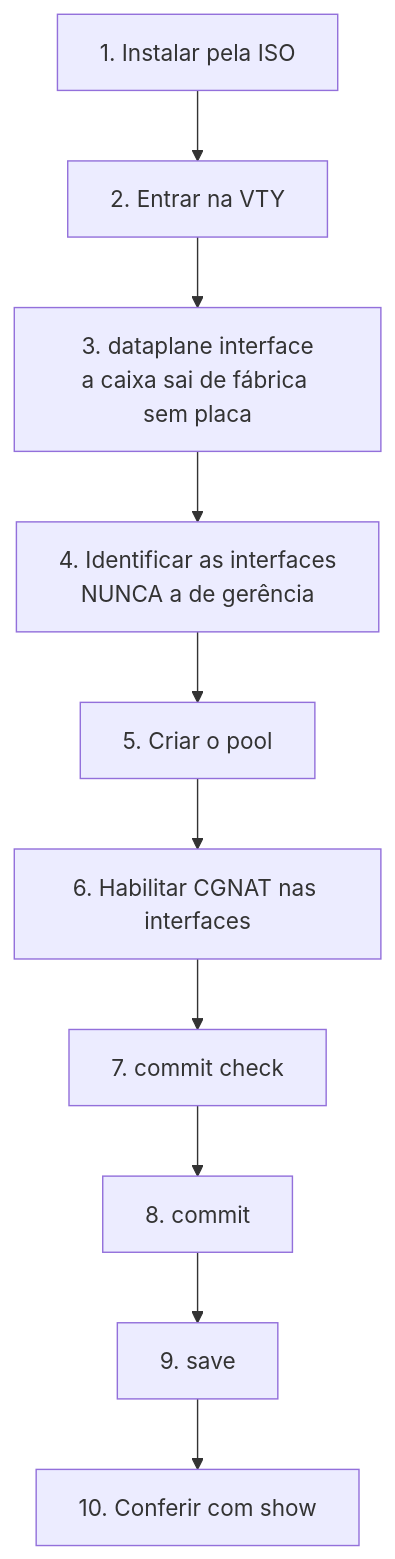
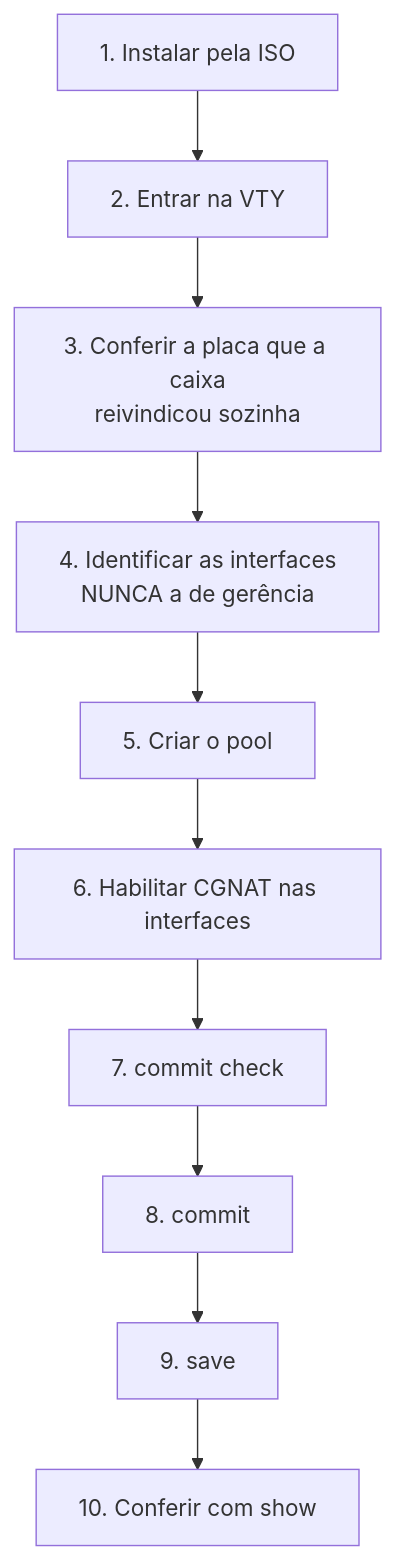
One commit to andrediashexa/prismarouting changed the first of 2 diagrams in wiki/comecar-aqui/primeiros-passos.md. Above: the diagram before and after it, drawn with Mermaid. The commit also changed other lines of this file and 12 other files, not shown here.

````diff
--- a/wiki/comecar-aqui/primeiros-passos.md
+++ b/wiki/comecar-aqui/primeiros-passos.md
@@ -5,12 +5,12 @@
 ```mermaid
 flowchart TD
     A["1. Instalar pela ISO"] --> B["2. Entrar na VTY"]
-    B --> C["3. dataplane interface<br/>a caixa sai de fábrica sem placa"]
+    B --> C["3. Conferir a placa que a caixa<br/>reivindicou sozinha"]
     C --> D["4. Identificar as interfaces<br/>NUNCA a de gerência"]
     D --> E["5. Criar o pool"]
     E --> F["6. Habilitar CGNAT nas interfaces"]
     F --> G["7. commit check"]
     G --> H["8. commit"]
     H --> I["9. save"]
     I --> J["10. Conferir com show"]
 ```
````
